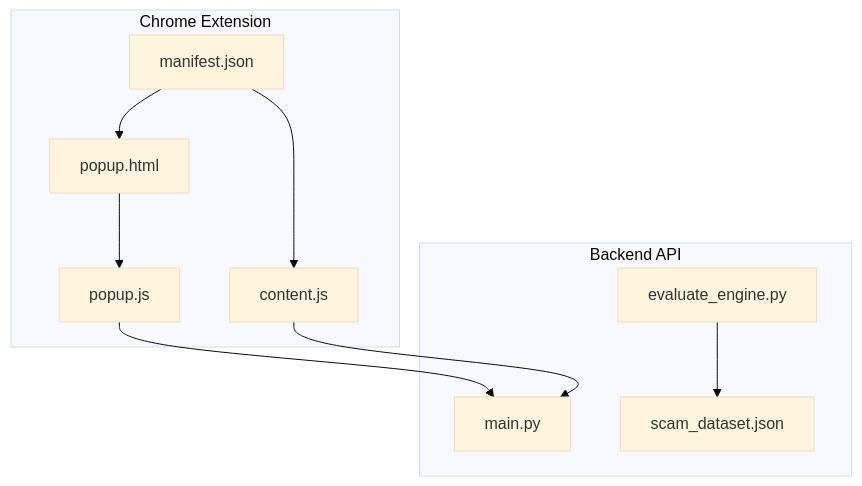
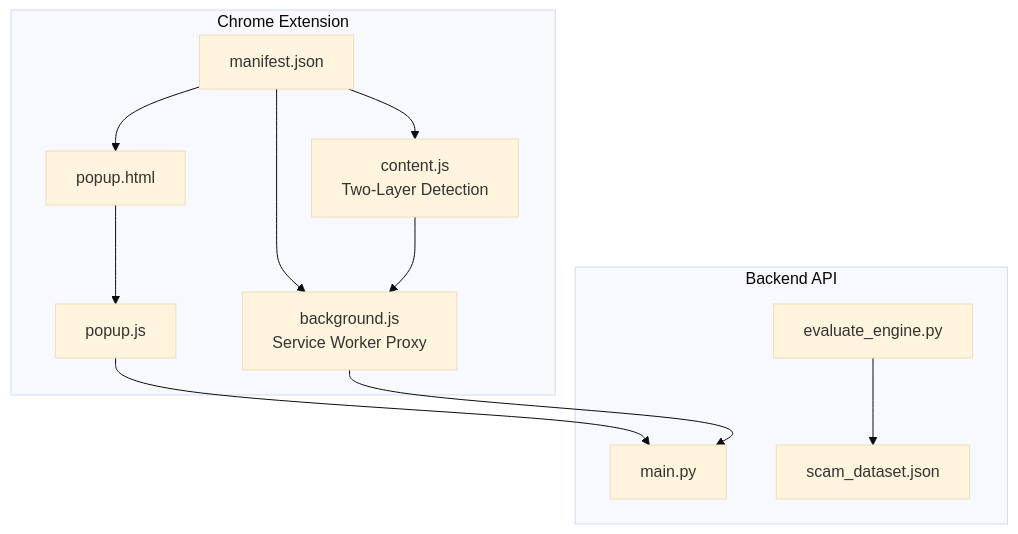
The first of 7 diagrams in .qoder/repowiki/en/content/Chrome Extension Development.md (Aymanaahh/scrollguard-ai), drawn with Mermaid (base theme) before and after one commit. The commit also changed other lines of this file and 38 other files, not shown here.

````diff
--- a/.qoder/repowiki/en/content/Chrome Extension Development.md
+++ b/.qoder/repowiki/en/content/Chrome Extension Development.md
@@ -36,20 +46,23 @@
 ```mermaid
 graph TB
 subgraph "Chrome Extension"
 M["manifest.json"]
-C["content.js"]
+BG["background.js<br/>Service Worker Proxy"]
+C["content.js<br/>Two-Layer Detection"]
 PHTML["popup.html"]
 PJ["popup.js"]
 end
 subgraph "Backend API"
 MAIN["main.py"]
 EVAL["evaluate_engine.py"]
 DATASET["scam_dataset.json"]
 end
+M --> BG
 M --> C
 M --> PHTML
 PHTML --> PJ
 PJ --> MAIN
-C --> MAIN
+C --> BG
+BG --> MAIN
 EVAL --> DATASET
 ```
````
